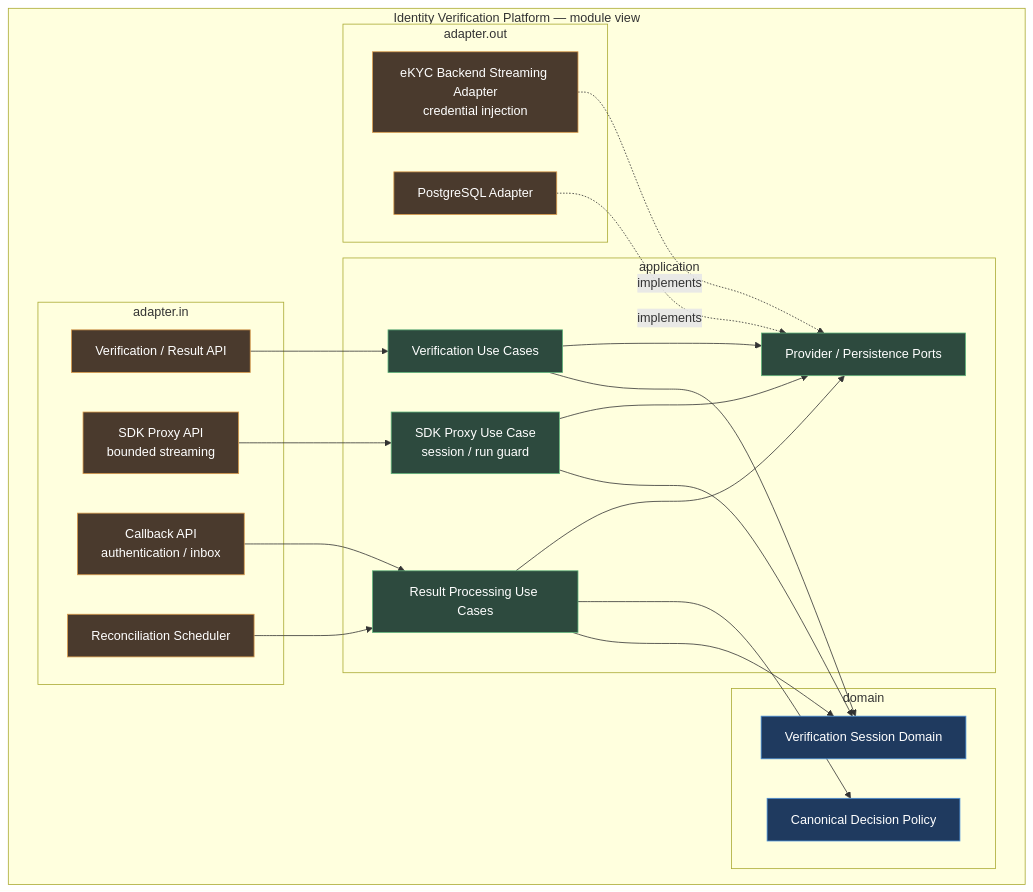
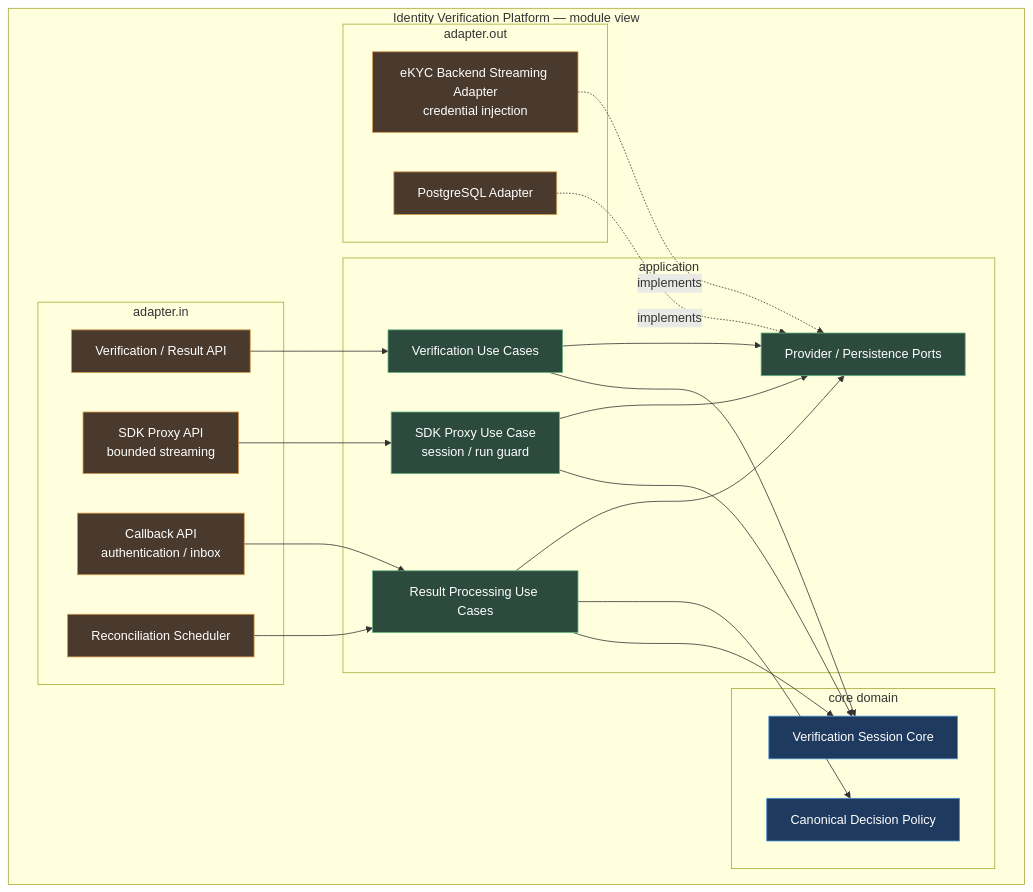
One commit to huynv-xyz/vhm changed the sixth of 23 diagrams in README.md. Above: the diagram before and after it, drawn with Mermaid. The commit also changed other lines of this file, not shown here.

````diff
--- a/README.md
+++ b/README.md
@@ -700,43 +700,43 @@
 ```mermaid
 flowchart TD
     subgraph IVP["Identity Verification Platform — module view"]
         subgraph ADIN["adapter.in"]
             API["Verification / Result API"]:::ad
             PROXY["SDK Proxy API<br/>bounded streaming"]:::ad
             CALLBACK["Callback API<br/>authentication / inbox"]:::ad
             SCHEDULER["Reconciliation Scheduler"]:::ad
         end
         subgraph APP["application"]
             USECASES["Verification Use Cases"]:::ap
             PROXYUC["SDK Proxy Use Case<br/>session / run guard"]:::ap
             PROCESSOR["Result Processing Use Cases"]:::ap
             PORTS["Provider / Persistence Ports"]:::ap
         end
-        subgraph DOMAIN["domain"]
-            SESSION["Verification Session Domain"]:::dm
+        subgraph CORE_DOMAIN["core domain"]
+            SESSION["Verification Session Core"]:::dm
             POLICY["Canonical Decision Policy"]:::dm
         end
         subgraph ADOUT["adapter.out"]
             SDKOUT["eKYC Backend Streaming Adapter<br/>credential injection"]:::ad
             PERSIST["PostgreSQL Adapter"]:::ad
         end
     end
 
     API --> USECASES
     PROXY --> PROXYUC
     CALLBACK --> PROCESSOR
     SCHEDULER --> PROCESSOR
     USECASES --> SESSION
     PROXYUC --> SESSION
     PROCESSOR --> SESSION
     PROCESSOR --> POLICY
     USECASES --> PORTS
     PROXYUC --> PORTS
     PROCESSOR --> PORTS
     SDKOUT -.implements.-> PORTS
     PERSIST -.implements.-> PORTS
 
     classDef ad fill:#4a3a2d,stroke:#d99a4a,color:#fff;
     classDef ap fill:#2d4a3e,stroke:#5fb37a,color:#fff;
     classDef dm fill:#1f3a5f,stroke:#4a90d9,color:#fff;
 ```
````
